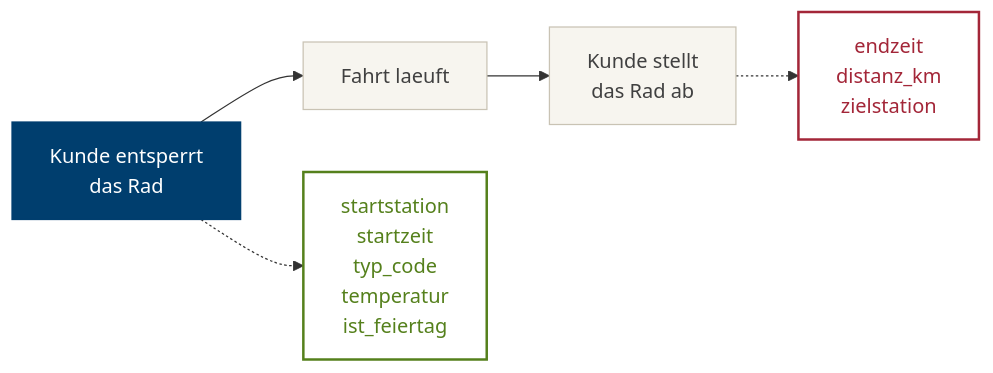
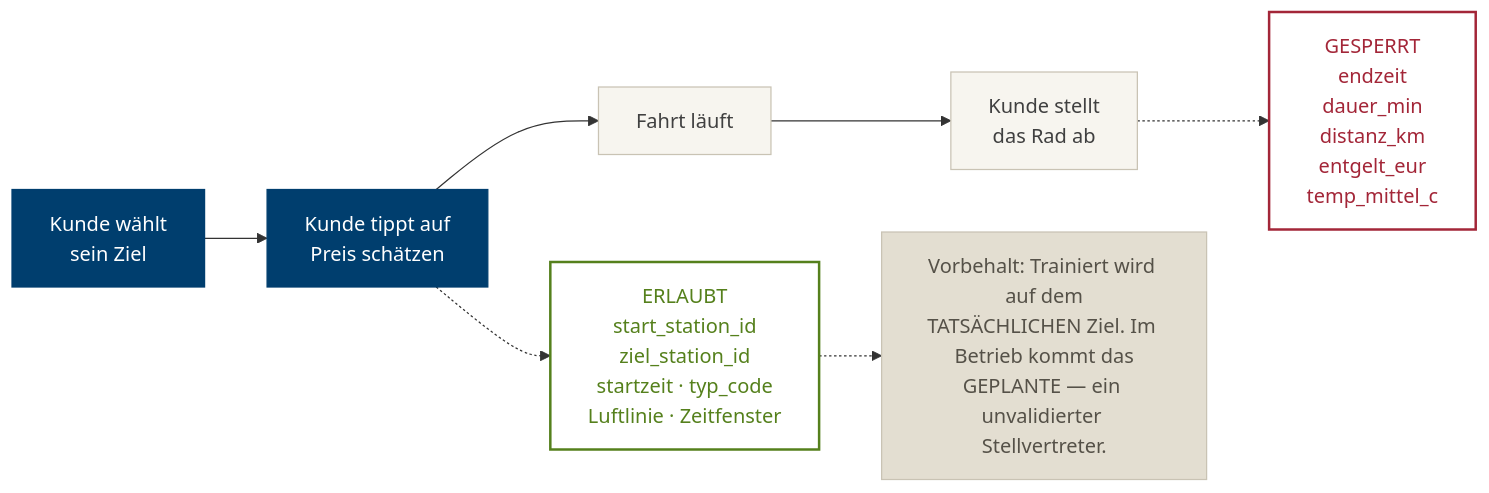
One commit to swrobuts/velocity-fallstudie changed the diagram in doku/analytics/diagramme/nb1-leakage.mmd. Above: the diagram before and after it, drawn with Mermaid. The commit also changed 55 other files, not shown here.

```diff
--- a/doku/analytics/diagramme/nb1-leakage.mmd
+++ b/doku/analytics/diagramme/nb1-leakage.mmd
@@ -1,15 +1,24 @@
 %% Was weiss man WANN? Der Leakage-Test aus Notebook 1, Phase 3.1.
+%% Die Zielstation steht hier auf der ERLAUBTEN Seite - anders als im
+%% naheliegenden Entwurf. Der Grund steht im Notebook: Sie ist erlaubt,
+%% WEIL der Kunde sie im geaenderten Prozess vorher waehlt, nicht weil
+%% ihr Spaltenname harmlos klaenge. Aendert man den Prozess, aendert
+%% sich die Antwort. Anzeigetexte mit echten Umlauten, Spalten in ASCII.
 flowchart LR
-    A["Kunde entsperrt<br/>das Rad"]:::jetzt
-    B["Fahrt laeuft"]:::spaeter
-    C["Kunde stellt<br/>das Rad ab"]:::spaeter
+    A["Kunde wählt<br/>sein Ziel"]:::jetzt
+    B["Kunde tippt auf<br/>Preis schätzen"]:::jetzt
+    C["Fahrt läuft"]:::spaeter
+    D["Kunde stellt<br/>das Rad ab"]:::spaeter
 
-    A --> B --> C
+    A --> B --> C --> D
 
-    A -.-> V1["startstation<br/>startzeit<br/>typ_code<br/>temperatur<br/>ist_feiertag"]:::erlaubt
-    C -.-> V2["endzeit<br/>distanz_km<br/>zielstation"]:::verboten
+    B -.-> V1["ERLAUBT<br/>start_station_id<br/>ziel_station_id<br/>startzeit · typ_code<br/>Luftlinie · Zeitfenster"]:::erlaubt
+    D -.-> V2["GESPERRT<br/>endzeit<br/>dauer_min<br/>distanz_km<br/>entgelt_eur<br/>temp_mittel_c"]:::verboten
+
+    V1 -.-> H["Vorbehalt: Trainiert wird auf dem<br/>TATSÄCHLICHEN Ziel. Im Betrieb kommt das<br/>GEPLANTE — ein unvalidierter Stellvertreter."]:::hinweis
 
     classDef jetzt fill:#003E6E,stroke:#003E6E,color:#FFFFFF
     classDef spaeter fill:#F7F5EF,stroke:#C9C3B4,color:#404040
     classDef erlaubt fill:#FFFFFF,stroke:#55801C,stroke-width:2px,color:#55801C
     classDef verboten fill:#FFFFFF,stroke:#A32638,stroke-width:2px,color:#A32638
+    classDef hinweis fill:#E3DED1,stroke:#C9C3B4,color:#555148
```
